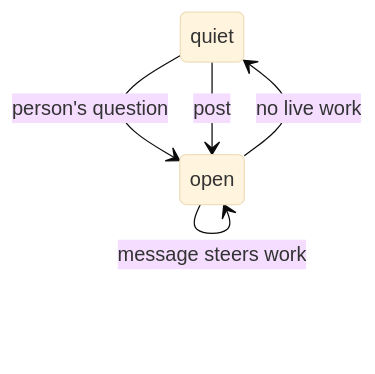
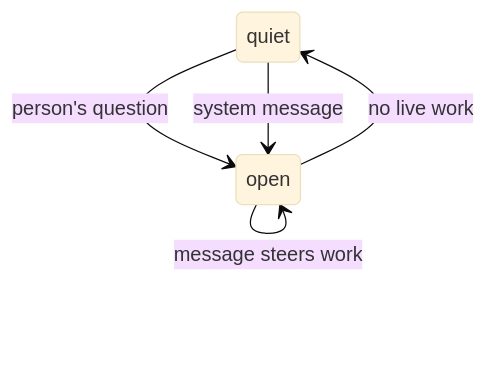
Before and after one commit to ambionframework/ambion: the first of 2 diagrams in docs/exchange.md, drawn with Mermaid (base theme). The commit also changed other lines of this file and 49 other files, not shown here.

First line of the commit message:
Name the message kind of the system `system` (#598)

````diff
--- a/docs/exchange.md
+++ b/docs/exchange.md
@@ -55,7 +55,7 @@
 ```mermaid
 stateDiagram-v2
     quiet --> open : person's question
-    quiet --> open : post
+    quiet --> open : system message
     open --> open : message steers work
     open --> quiet : no live work
 ```
````
